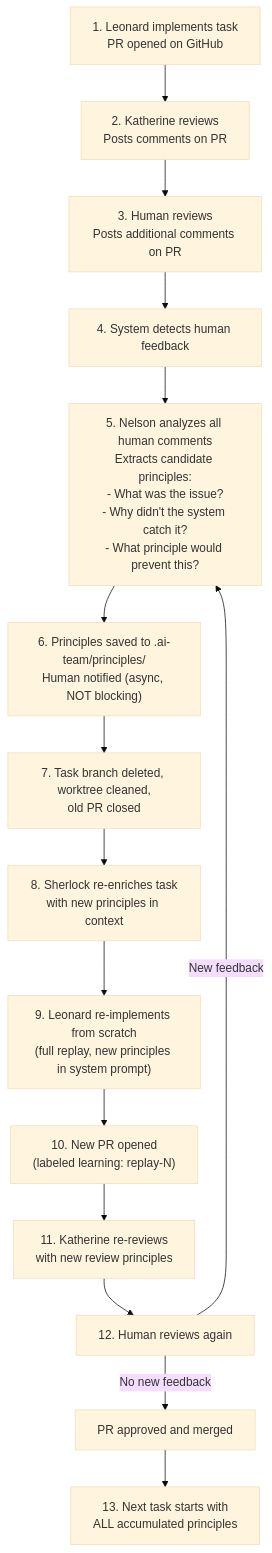
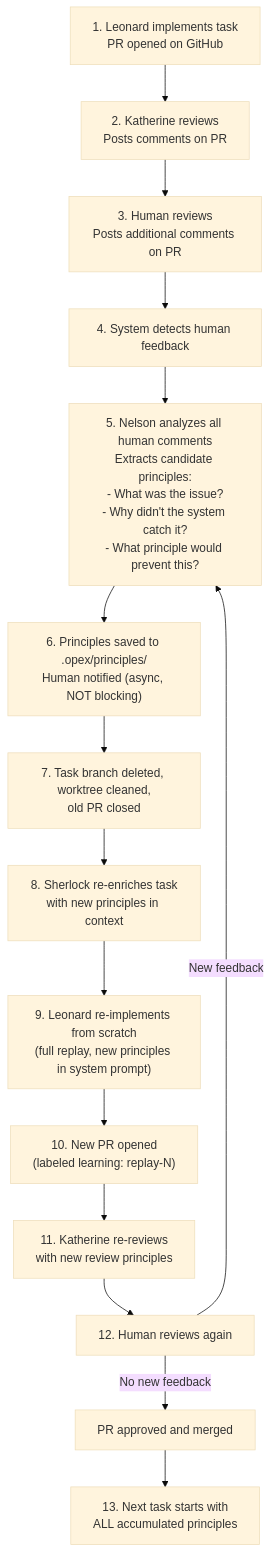
Before and after one commit to 0xc14m1z/opex: the diagram in docs/specs/03-learning-and-principles.md, drawn with Mermaid (base theme). The commit also changed other lines of this file and 24 other files, not shown here.

First line of the commit message:
docs: rename ai-team to opex across all specs and docs

````diff
--- a/docs/specs/03-learning-and-principles.md
+++ b/docs/specs/03-learning-and-principles.md
@@ -54,17 +54,17 @@
 ```mermaid
 flowchart TD
     A["1. Leonard implements task\nPR opened on GitHub"] --> B["2. Katherine reviews\nPosts comments on PR"]
     B --> C["3. Human reviews\nPosts additional comments on PR"]
     C --> D["4. System detects human feedback"]
     D --> E["5. Nelson analyzes all human comments\nExtracts candidate principles:\n- What was the issue?\n- Why didn't the system catch it?\n- What principle would prevent this?"]
-    E --> F["6. Principles saved to .ai-team/principles/\nHuman notified (async, NOT blocking)"]
+    E --> F["6. Principles saved to .opex/principles/\nHuman notified (async, NOT blocking)"]
     F --> G["7. Task branch deleted, worktree cleaned,\nold PR closed"]
     G --> H["8. Sherlock re-enriches task\nwith new principles in context"]
     H --> I["9. Leonard re-implements from scratch\n(full replay, new principles in system prompt)"]
     I --> J["10. New PR opened\n(labeled learning: replay-N)"]
     J --> K["11. Katherine re-reviews\nwith new review principles"]
     K --> L["12. Human reviews again"]
     L -->|New feedback| E
     L -->|No new feedback| M["PR approved and merged"]
     M --> N["13. Next task starts with\nALL accumulated principles"]
 ```
````
